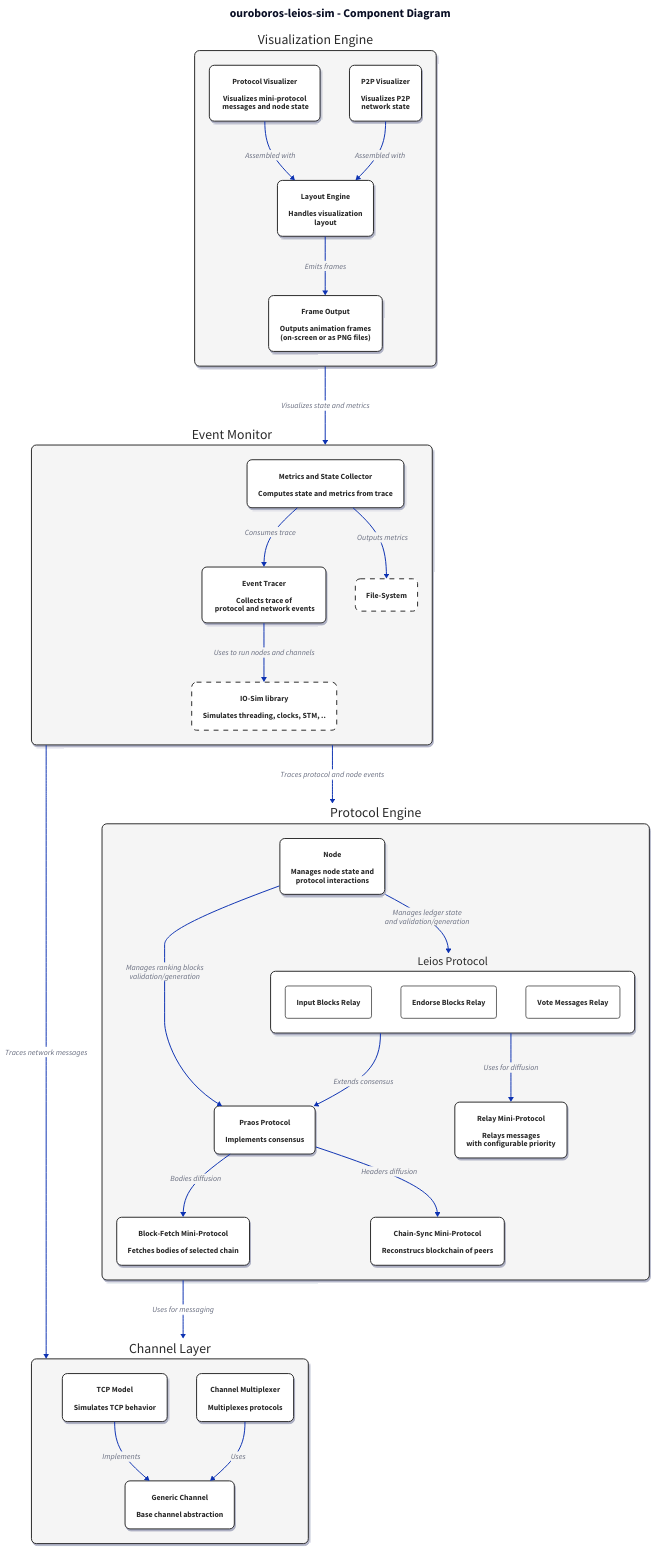
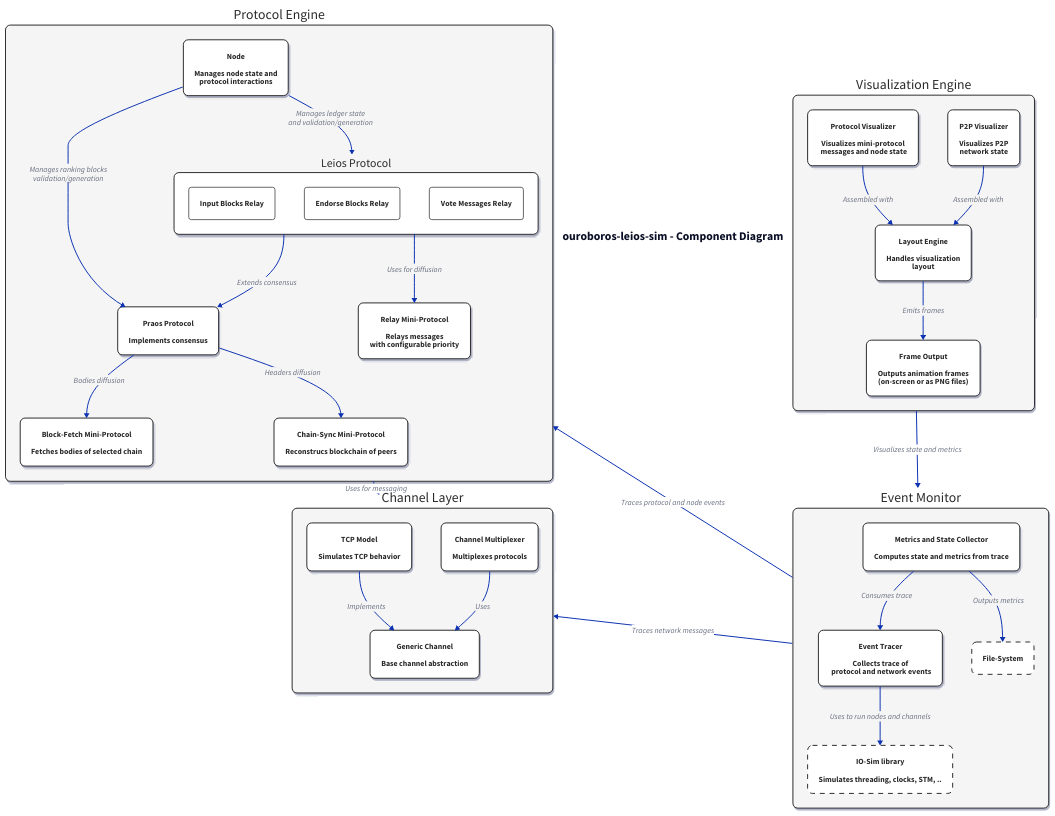
The diagram in simulation/docs/component.d2 (input-output-hk/ouroboros-leios), drawn with D2 before and after one commit. The commit also changed 1 other file, not shown here.

Commit message:
simulation: added `near` hints to `component.d2`

```diff
--- a/simulation/docs/component.d2
+++ b/simulation/docs/component.d2
@@ -46,8 +46,10 @@
   }
 }
 
+
 # Protocol Engine Container
 protocol-engine: {
+  near: center-left
   class: container
   label: "Protocol Engine"
 
@@ -95,6 +97,7 @@
 
 # Channel Layer Container 
 channel-layer: {
+  near: bottom-left
   class: container
   label: "Channel Layer"
 
@@ -121,6 +124,7 @@
 
 # Visualization Engine Container
 viz-engine: {
+  near: center-right
   class: container
   label: "Visualization Engine"
 
@@ -150,6 +154,7 @@
 
 # Event Monitor Container
 monitor: {
+  near: bottom-right
   class: container
   label: "Event Monitor"
 
```
